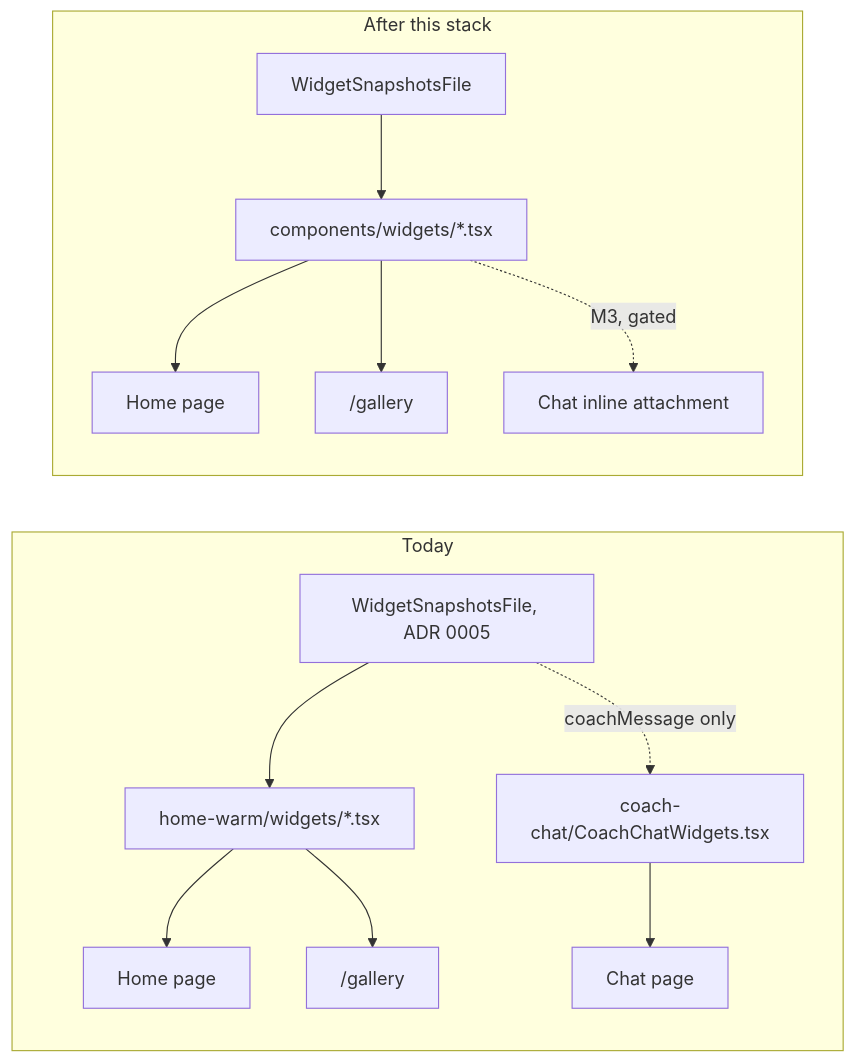
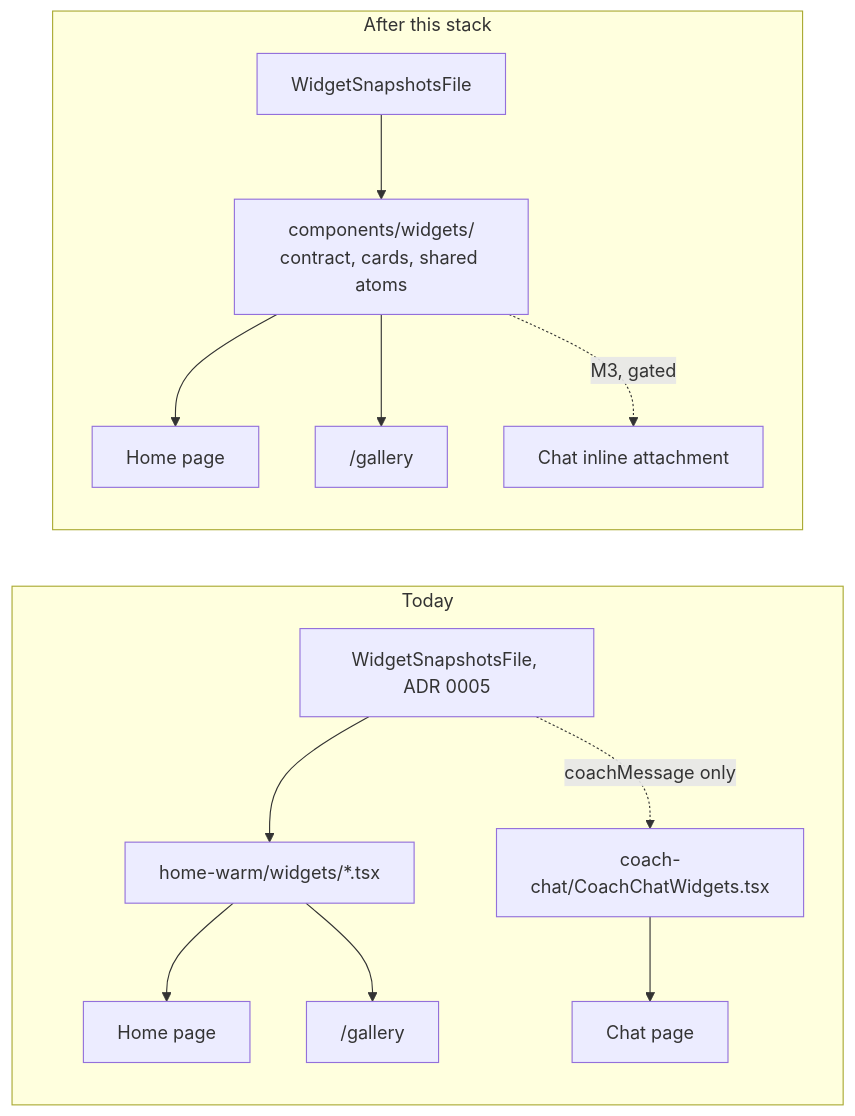
One commit to sibling-shipyard/coach-hq changed the first of 2 diagrams in docs/plans/web-widget-modules.md. Above: the diagram before and after it, drawn with Mermaid. The commit also changed other lines of this file, not shown here.

````diff
--- a/docs/plans/web-widget-modules.md
+++ b/docs/plans/web-widget-modules.md
@@ -43,16 +41,16 @@
 ```mermaid
 flowchart LR
   subgraph today["Today"]
     hw["home-warm/widgets/*.tsx"] --> home["Home page"]
     hw --> gallery["/gallery"]
     cc["coach-chat/CoachChatWidgets.tsx"] --> chat["Chat page"]
     snap["WidgetSnapshotsFile, ADR 0005"] --> hw
     snap -.coachMessage only.-> cc
   end
   subgraph target["After this stack"]
-    widgets["components/widgets/*.tsx"] --> home2["Home page"]
+    widgets["components/widgets/<br/>contract, cards, shared atoms"] --> home2["Home page"]
     widgets --> gallery2["/gallery"]
     widgets -.M3, gated.-> chat2["Chat inline attachment"]
     snap2["WidgetSnapshotsFile"] --> widgets
   end
 ```
````
